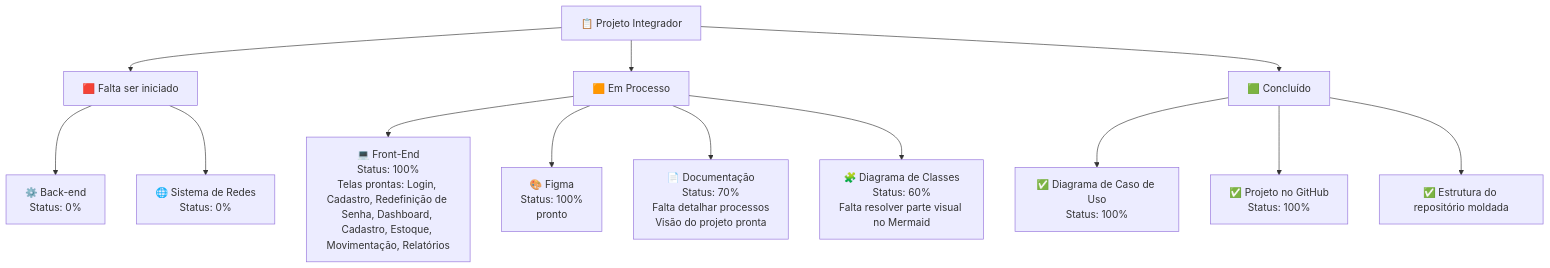
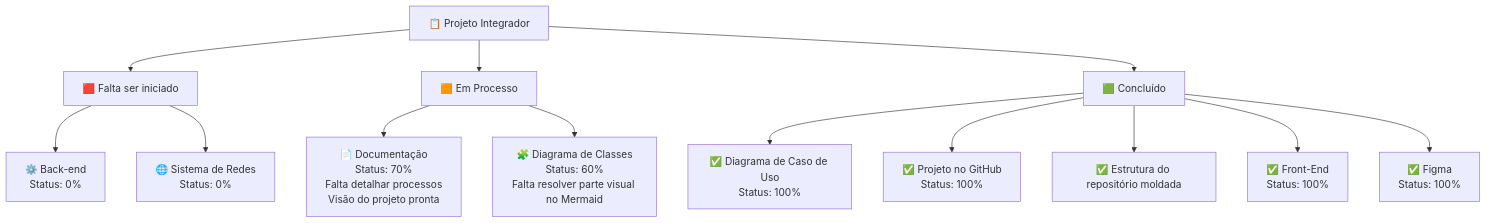
Before and after one commit to RayanLuca/Projeto-Petrobras: the diagram in docs/relatorio.md, drawn with Mermaid.

Commit message:
:books: docs: Atualização do diagrama mermaid

````diff
--- a/docs/relatorio.md
+++ b/docs/relatorio.md
@@ -1,21 +1,21 @@
 ```mermaid
 graph TD
     A[📋 Projeto Integrador] --> B[🟥 Falta ser iniciado]
     A --> C[🟧 Em Processo]
     A --> D[🟩 Concluído]
 
     %% Falta iniciar
     B --> B1[⚙️ Back-end\nStatus: 0%]
     B --> B2[🌐 Sistema de Redes\nStatus: 0%]
 
     %% Em processo
-    C --> C1[💻 Front-End\nStatus: 100%\nTelas prontas: Login, Cadastro, Redefinição de Senha, Dashboard, Cadastro, Estoque, Movimentação, Relatórios]
-    C --> C2[🎨 Figma\nStatus: 100%\npronto]
     C --> C3[📄 Documentação\nStatus: 70%\nFalta detalhar processos\nVisão do projeto pronta]
     C --> C4[🧩 Diagrama de Classes\nStatus: 60%\nFalta resolver parte visual no Mermaid]
 
     %% Concluído
     D --> D1[✅ Diagrama de Caso de Uso\nStatus: 100%]
     D --> D2[✅ Projeto no GitHub\nStatus: 100%]
     D --> D3[✅ Estrutura do repositório moldada]
+    D --> C1[✅ Front-End\nStatus: 100%]
+    D --> C2[✅ Figma\nStatus: 100%]
 ```
````
